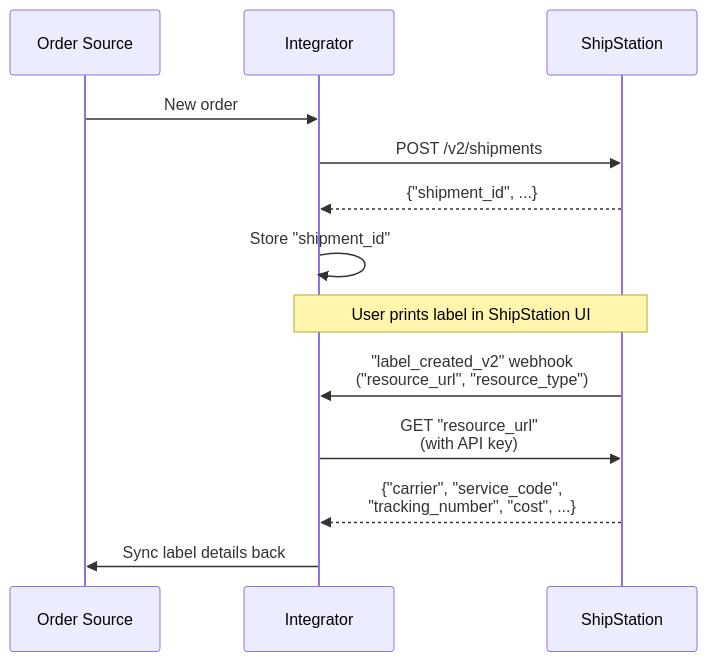
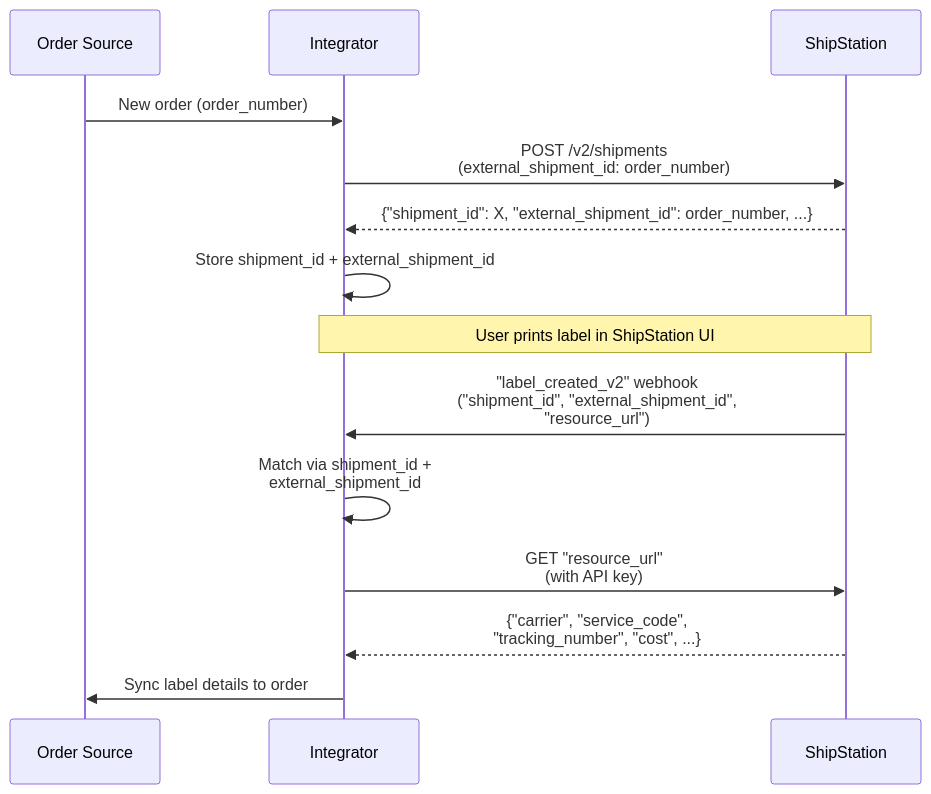
The diagram in patterns/order-creation-api-label-print-ui.md (pmcgee-personal/shipstation-integration-toolkit), drawn with Mermaid before and after one commit. The commit also changed other lines of this file, not shown here.

Commit message:
update: order-creation-api-label-print-ui pattern

````diff
--- a/patterns/order-creation-api-label-print-ui.md
+++ b/patterns/order-creation-api-label-print-ui.md
@@ -9,19 +9,20 @@
 ```mermaid
 sequenceDiagram
     participant OrderSrc as Order Source
     participant Int as Integrator
     participant SS as ShipStation
 
-    OrderSrc->>Int: New order
-    Int->>SS: POST /v2/shipments
-    SS-->>Int: {"shipment_id", ...}
-    Int->>Int: Store "shipment_id"
+    OrderSrc->>Int: New order (order_number)
+    Int->>SS: POST /v2/shipments<br/>(external_shipment_id: order_number)
+    SS-->>Int: {"shipment_id": X, "external_shipment_id": order_number, ...}
+    Int->>Int: Store shipment_id + external_shipment_id
 
     Note over Int,SS: User prints label in ShipStation UI
-    SS->>Int: "label_created_v2" webhook<br/>("resource_url", "resource_type")
+    SS->>Int: "label_created_v2" webhook<br/>("shipment_id", "external_shipment_id",<br/>"resource_url")
 
+    Int->>Int: Match via shipment_id +<br/>external_shipment_id
     Int->>SS: GET "resource_url"<br/>(with API key)
     SS-->>Int: {"carrier", "service_code",<br/>"tracking_number", "cost", ...}
 
-    Int->>OrderSrc: Sync label details back
+    Int->>OrderSrc: Sync label details to order
 ```
````
